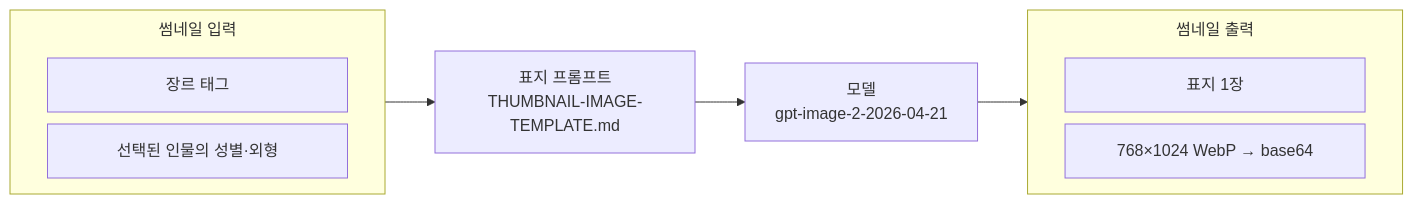
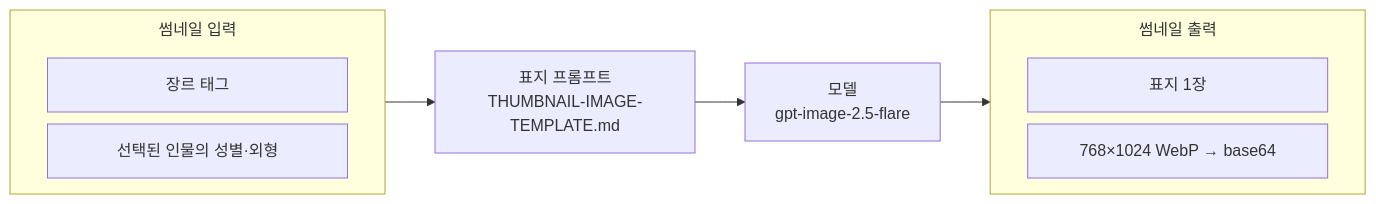
Before and after one commit to KIM-N-KANG/knk-harness: the eighth of 21 diagrams in docs/spec/5-ai-server-spec.md, drawn with Mermaid. The commit also changed other lines of this file and 2 other files, not shown here.

````diff
--- a/docs/spec/5-ai-server-spec.md
+++ b/docs/spec/5-ai-server-spec.md
@@ -288,19 +289,19 @@
 ```mermaid
 %%{init: {"flowchart": {"nodeSpacing": 12, "subGraphTitleMargin": {"top": 8, "bottom": 24}}}}%%
 flowchart LR
     subgraph T["썸네일 입력"]
         direction LR
         T_item1["<div style='width:240px;text-align:center;'><span>장르 태그</span></div>"]
         T_item2["<div style='width:240px;text-align:center;'><span>선택된 인물의 성별·외형</span></div>"]
     end
     Q["표지 프롬프트<br/>THUMBNAIL-IMAGE-TEMPLATE.md"]
-    N["모델<br/>gpt-image-2-2026-04-21"]
+    N["모델<br/>gpt-image-2.5-flare"]
     subgraph R["썸네일 출력"]
         direction LR
         R_item1["<div style='width:240px;text-align:center;'><span>표지 1장</span></div>"]
         R_item2["<div style='width:240px;text-align:center;'><span>768×1024 WebP → base64</span></div>"]
     end
     T --> Q
     Q --> N
     N --> R
 ```
````
